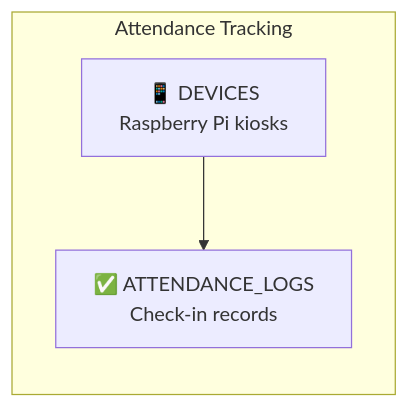
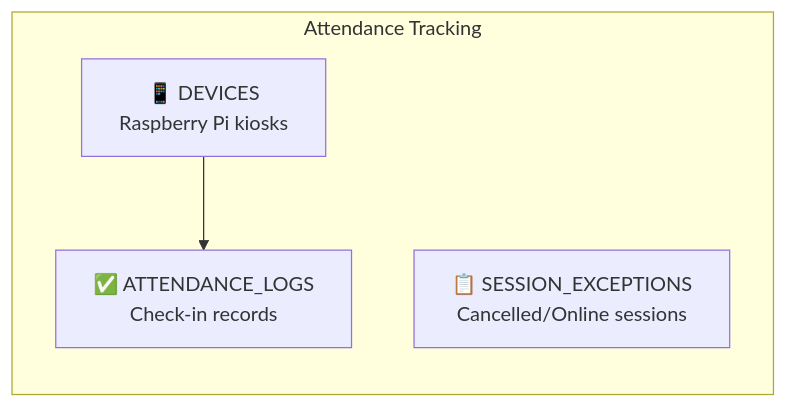
Before and after one commit to EannMon/FRAMESCAPSTONE: the fifth of 7 diagrams in documentation/database/database_analysis.md, drawn with Mermaid. The commit also changed other lines of this file, not shown here.

Commit message:
docs: Update database_analysis.md with session_exceptions relationships

````diff
--- a/documentation/database/database_analysis.md
+++ b/documentation/database/database_analysis.md
@@ -247,8 +249,9 @@
 ```mermaid
 flowchart LR
     subgraph "Attendance Tracking"
         DEV[📱 DEVICES<br/>Raspberry Pi kiosks]
         ATT[✅ ATTENDANCE_LOGS<br/>Check-in records]
+        EXC[📋 SESSION_EXCEPTIONS<br/>Cancelled/Online sessions]
         DEV --> ATT
     end
 ```
````
